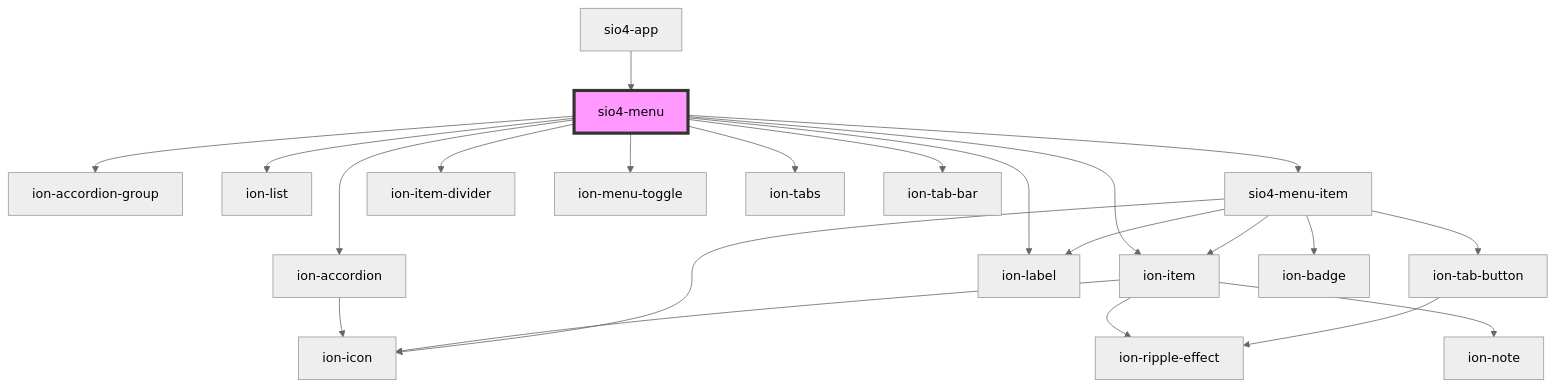
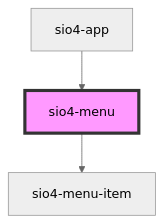
One commit to silicia-apps/sio4 changed the diagram in libs/core/src/components/menu/readme.md. Above: the diagram before and after it, drawn with Mermaid (neutral theme). The commit also changed other lines of this file and 74 other files, not shown here.

````diff
--- a/libs/core/src/components/menu/readme.md
+++ b/libs/core/src/components/menu/readme.md
@@ -44,25 +35,6 @@
 ```mermaid
 graph TD;
-  sio4-menu --> ion-accordion-group
-  sio4-menu --> ion-accordion
-  sio4-menu --> ion-item
-  sio4-menu --> ion-label
-  sio4-menu --> ion-list
   sio4-menu --> sio4-menu-item
-  sio4-menu --> ion-item-divider
-  sio4-menu --> ion-menu-toggle
-  sio4-menu --> ion-tabs
-  sio4-menu --> ion-tab-bar
-  ion-accordion --> ion-icon
-  ion-item --> ion-icon
-  ion-item --> ion-ripple-effect
-  ion-item --> ion-note
-  sio4-menu-item --> ion-tab-button
-  sio4-menu-item --> ion-icon
-  sio4-menu-item --> ion-label
-  sio4-menu-item --> ion-badge
-  sio4-menu-item --> ion-item
-  ion-tab-button --> ion-ripple-effect
   sio4-app --> sio4-menu
   style sio4-menu fill:#f9f,stroke:#333,stroke-width:4px
 ```
````
